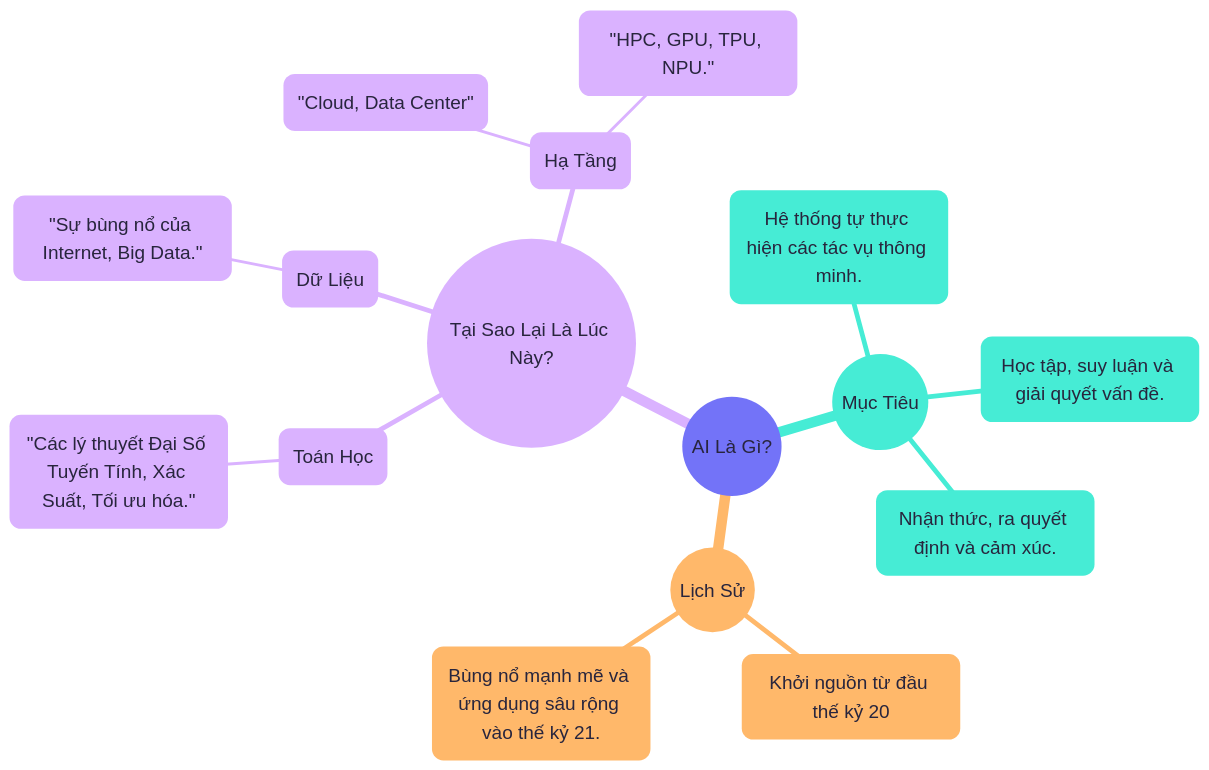
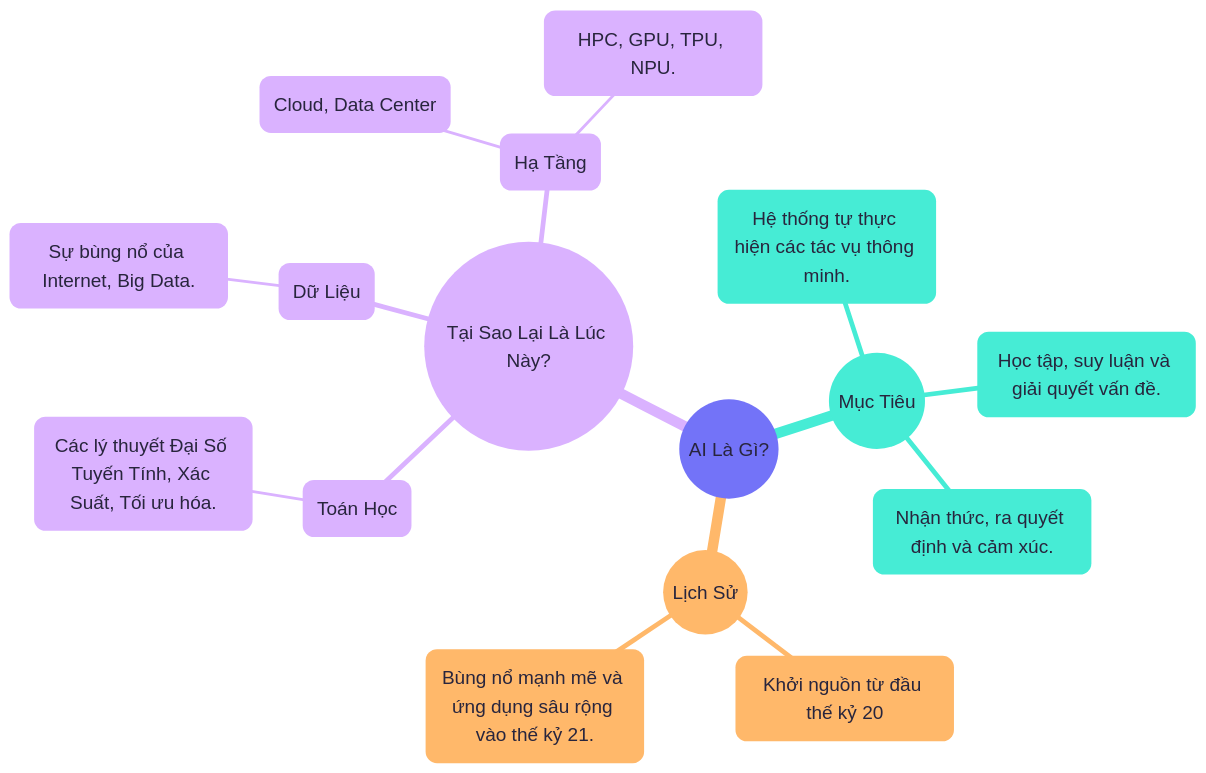
Before and after one commit to sam-uit/typst-report-template: the diagram in content/diagrams/chapter01-ai-la-gi.mmd, drawn with Mermaid.

```diff
--- a/content/diagrams/chapter01-ai-la-gi.mmd
+++ b/content/diagrams/chapter01-ai-la-gi.mmd
@@ -1,24 +1,24 @@
 ---
 config:
   theme: redux-color
   themeVariables:
     fontFamily: Google Sans
     fontSize: 20px
 ---
 mindmap
   root(("AI Là Gì?"))
     ((Mục Tiêu))
         ("Hệ thống tự thực hiện các tác vụ thông minh.")
         ("Học tập, suy luận và giải quyết vấn đề.")
         ("Nhận thức, ra quyết định và cảm xúc.")
     ((Lịch Sử))
         ("Khởi nguồn từ đầu thế kỷ 20")
         ("Bùng nổ mạnh mẽ và ứng dụng sâu rộng vào thế kỷ 21.")
     ((Tại Sao Lại Là Lúc Này?))
         (Toán Học)
-            "Các lý thuyết Đại Số Tuyến Tính, Xác Suất, Tối ưu hóa."
+            Các lý thuyết Đại Số Tuyến Tính, Xác Suất, Tối ưu hóa.
         (Dữ Liệu)
-            "Sự bùng nổ của Internet, Big Data."
+            Sự bùng nổ của Internet, Big Data.
         (Hạ Tầng)
-            "Cloud, Data Center"
-            "HPC, GPU, TPU, NPU."
+            Cloud, Data Center
+            HPC, GPU, TPU, NPU.
```
